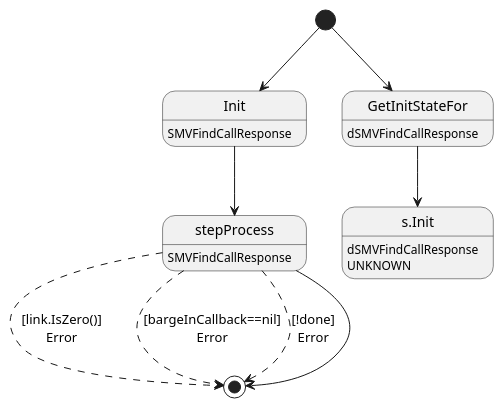
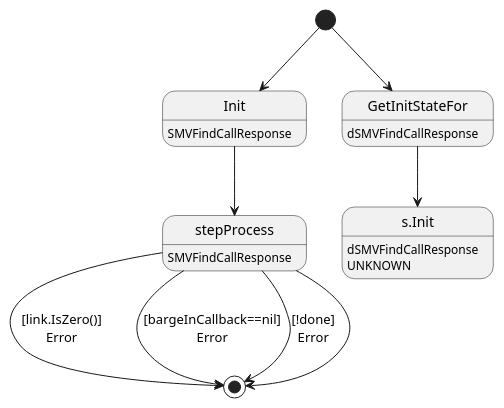
Before and after one commit to insolar/assured-ledger: the diagram in ledger-core/virtual/handlers/vfindcallresponse.plantuml, drawn with PlantUML.

Commit message:
Plantuml regen

```diff
--- a/ledger-core/virtual/handlers/vfindcallresponse.plantuml
+++ b/ledger-core/virtual/handlers/vfindcallresponse.plantuml
@@ -1,19 +1,19 @@
 @startuml
 state "Init" as T01_S001
 T01_S001 : SMVFindCallResponse
 [*] --> T01_S001
 T01_S001 --> T01_S002
 state "stepProcess" as T01_S002
 T01_S002 : SMVFindCallResponse
-T01_S002 --[dashed]> [*] : [link.IsZero()]\nError
-T01_S002 --[dashed]> [*] : [bargeInCallback==nil]\nError
-T01_S002 --[dashed]> [*] : [!done]\nError
+T01_S002 --> [*] : [link.IsZero()]\nError
+T01_S002 --> [*] : [bargeInCallback==nil]\nError
+T01_S002 --> [*] : [!done]\nError
 T01_S002 --> [*]
 state "GetInitStateFor" as T00_S001
 T00_S001 : dSMVFindCallResponse
 [*] --> T00_S001
 state "s.Init" as T00_U001
 T00_U001 : dSMVFindCallResponse
 T00_U001 : UNKNOWN 
 T00_S001 --> T00_U001
 @enduml
```
